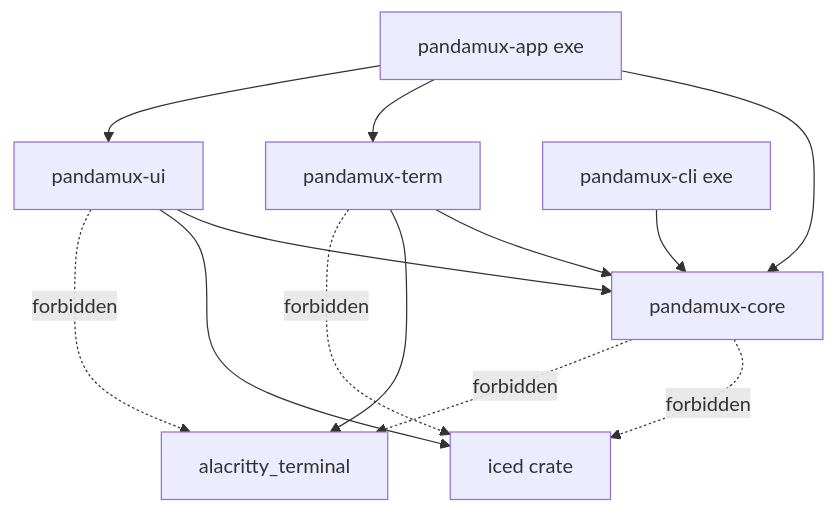
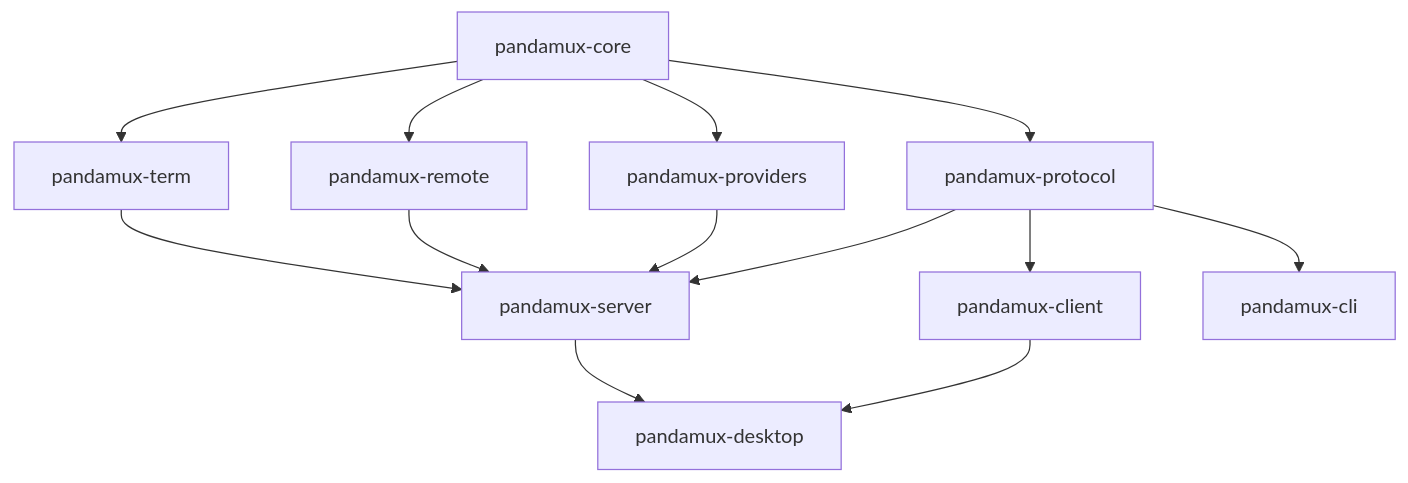
Before and after one commit to BoardPandas/Pandamux: the first of 3 diagrams in docs/core/ARCHITECTURE.md, drawn with Mermaid. The commit also changed other lines of this file and 25 other files, not shown here.

First line of the commit message:
docs: rebuild current architecture wiki

````diff
--- a/docs/core/ARCHITECTURE.md
+++ b/docs/core/ARCHITECTURE.md
@@ -48,22 +40,15 @@
 ```mermaid
 graph TD
-    Core["pandamux-core"]
-    Term["pandamux-term"]
-    UI["pandamux-ui"]
-    App["pandamux-app exe"]
-    Cli["pandamux-cli exe"]
-    IcedDep["iced crate"]
-    AlacrittyDep["alacritty_terminal"]
-    App --> Core
-    App --> Term
-    App --> UI
-    Cli --> Core
-    UI --> Core
-    Term --> Core
-    UI --> IcedDep
-    Term --> AlacrittyDep
-    Core -.->|"forbidden"| IcedDep
-    Term -.->|"forbidden"| IcedDep
-    Core -.->|"forbidden"| AlacrittyDep
-    UI -.->|"forbidden"| AlacrittyDep
+    Core["pandamux-core"] --> Protocol["pandamux-protocol"]
+    Core --> Providers["pandamux-providers"]
+    Core --> Remote["pandamux-remote"]
+    Core --> Term["pandamux-term"]
+    Protocol --> Server["pandamux-server"]
+    Providers --> Server
+    Remote --> Server
+    Term --> Server
+    Protocol --> Client["pandamux-client"]
+    Client --> Desktop["pandamux-desktop"]
+    Server --> Desktop
+    Protocol --> Cli["pandamux-cli"]
 ```
````
